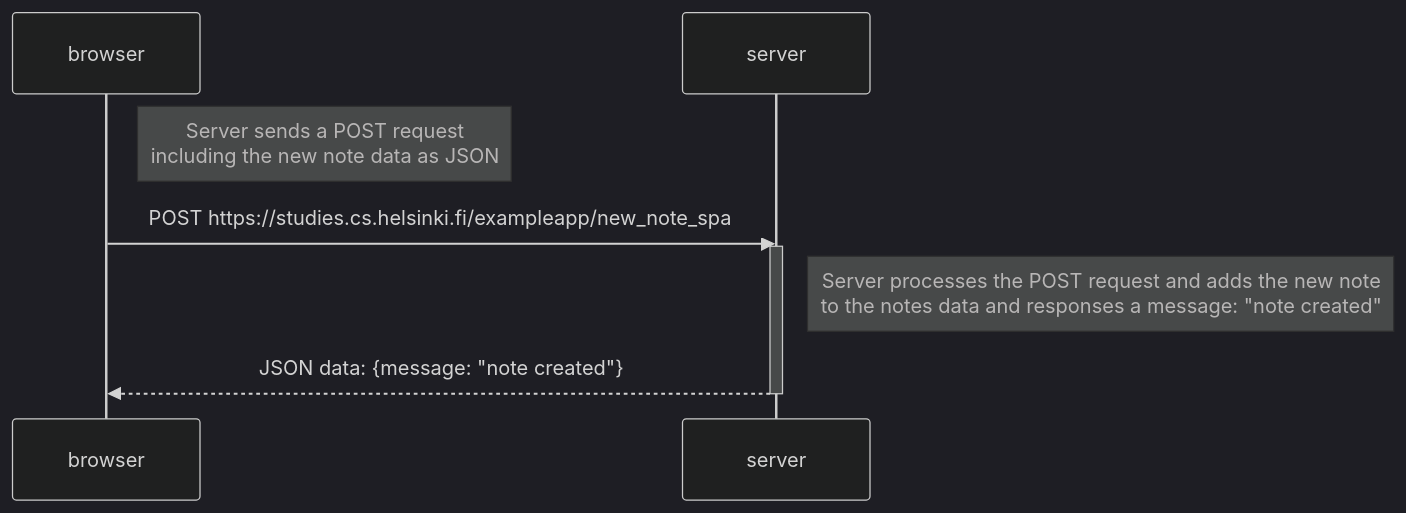
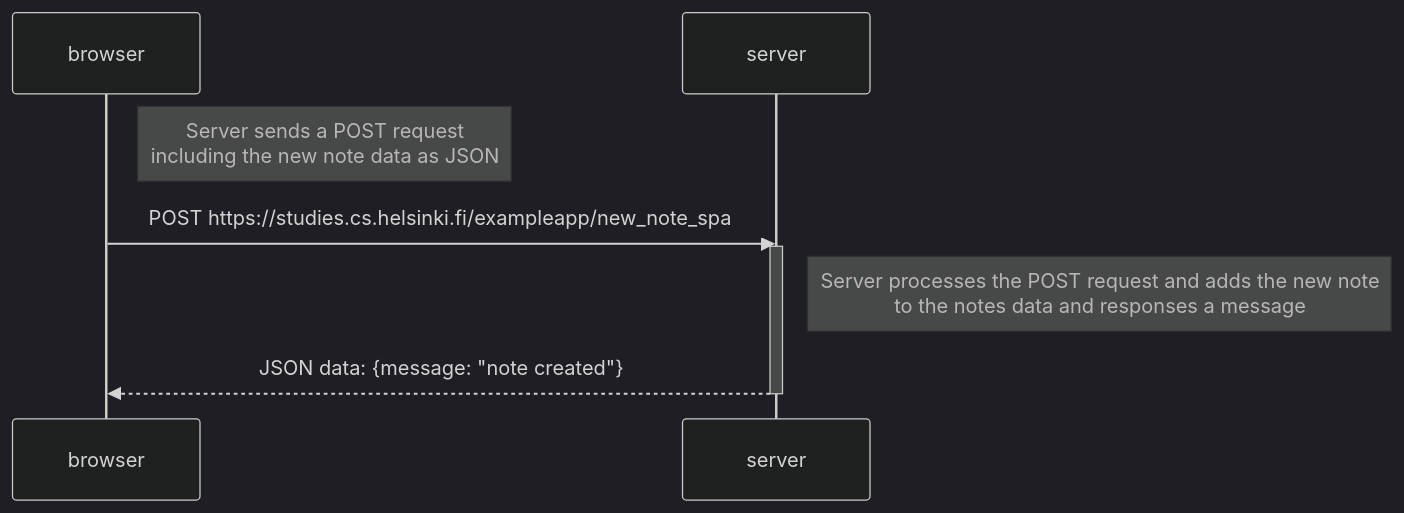
One commit to oskarioksanen/fullstack_open_palautusrepo changed the diagram in osa0/0_6_uusi_muistiinpano_spa.md. Above: the diagram before and after it, drawn with Mermaid (dark theme).

````diff
--- a/osa0/0_6_uusi_muistiinpano_spa.md
+++ b/osa0/0_6_uusi_muistiinpano_spa.md
@@ -3,15 +3,15 @@
 ```mermaid
 sequenceDiagram
     participant browser
     participant server
 
     Note right of browser: Server sends a POST request<br/>including the new note data as JSON
     browser->>server: POST https://studies.cs.helsinki.fi/exampleapp/new_note_spa
     activate server
 
-        Note right of server: Server processes the POST request and adds the new note<br/>to the notes data and responses a message: "note created"
+    Note right of server: Server processes the POST request and adds the new note<br/>to the notes data and responses a message
 
     server-->>browser: JSON data: {message: "note created"}
     deactivate server
 
 ```
````
